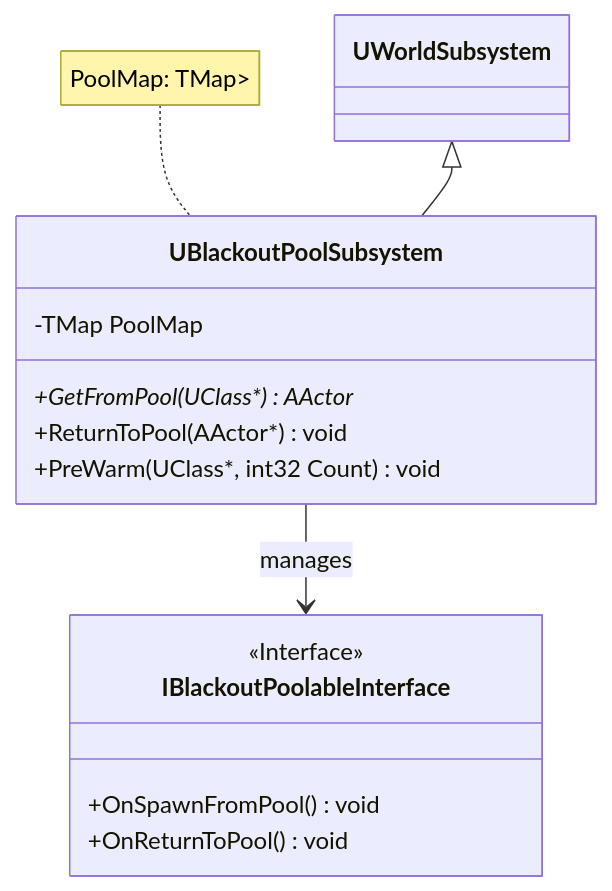
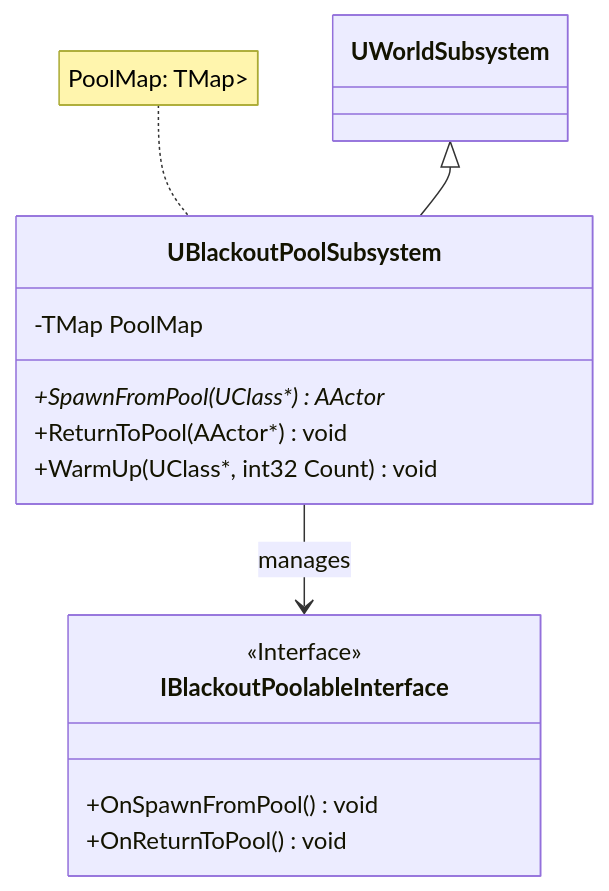
Before and after one commit to seongwon1579/ProjectBlackout: the ninth of 14 diagrams in Docs/Project_Blackout_클래스다이어그램.md, drawn with Mermaid. The commit also changed other lines of this file and 6 other files, not shown here.

````diff
--- a/Docs/Project_Blackout_클래스다이어그램.md
+++ b/Docs/Project_Blackout_클래스다이어그램.md
@@ -452,23 +453,23 @@
 ```mermaid
 classDiagram
     direction TB
 
     UWorldSubsystem <|-- UBlackoutPoolSubsystem
 
     class UBlackoutPoolSubsystem {
         -TMap PoolMap
-        +GetFromPool(UClass*) AActor*
+        +SpawnFromPool(UClass*) AActor*
         +ReturnToPool(AActor*) void
-        +PreWarm(UClass*, int32 Count) void
+        +WarmUp(UClass*, int32 Count) void
     }
 
     class IBlackoutPoolableInterface {
         <<Interface>>
         +OnSpawnFromPool() void
         +OnReturnToPool() void
     }
 
     UBlackoutPoolSubsystem --> IBlackoutPoolableInterface : manages
 
     note for UBlackoutPoolSubsystem "PoolMap: TMap<UClass*, TArray<AActor*>>"
 ```
````
